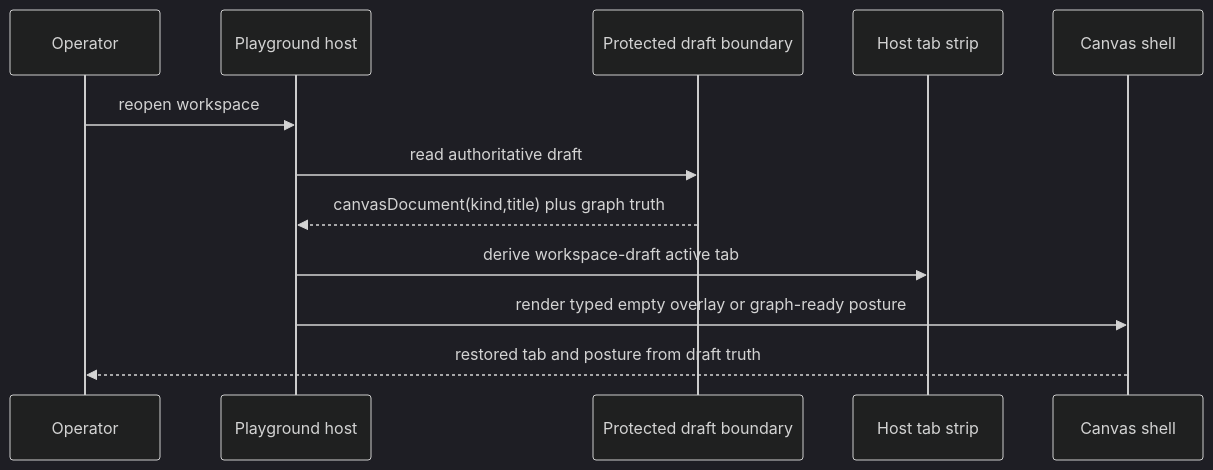
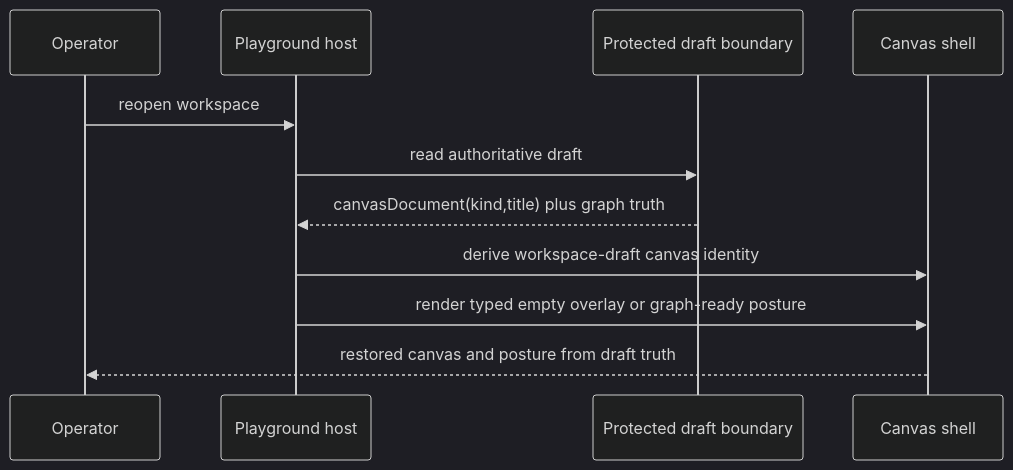
One commit to dunay2/dvt changed the fourth of 4 diagrams in docs/architecture/components/web/graph/canvas-playground-host-component.md. Above: the diagram before and after it, drawn with Mermaid (dark theme). The commit also changed other lines of this file and 19 other files, not shown here.

````diff
--- a/docs/architecture/components/web/graph/canvas-playground-host-component.md
+++ b/docs/architecture/components/web/graph/canvas-playground-host-component.md
@@ -199,15 +198,14 @@
 ```mermaid
 sequenceDiagram
   participant User as Operator
   participant Host as Playground host
   participant Draft as Protected draft boundary
-  participant Tabs as Host tab strip
   participant Shell as Canvas shell
 
   User->>Host: reopen workspace
   Host->>Draft: read authoritative draft
   Draft-->>Host: canvasDocument(kind,title) plus graph truth
-  Host->>Tabs: derive workspace-draft active tab
+  Host->>Shell: derive workspace-draft canvas identity
   Host->>Shell: render typed empty overlay or graph-ready posture
-  Shell-->>User: restored tab and posture from draft truth
+  Shell-->>User: restored canvas and posture from draft truth
 ```
````
